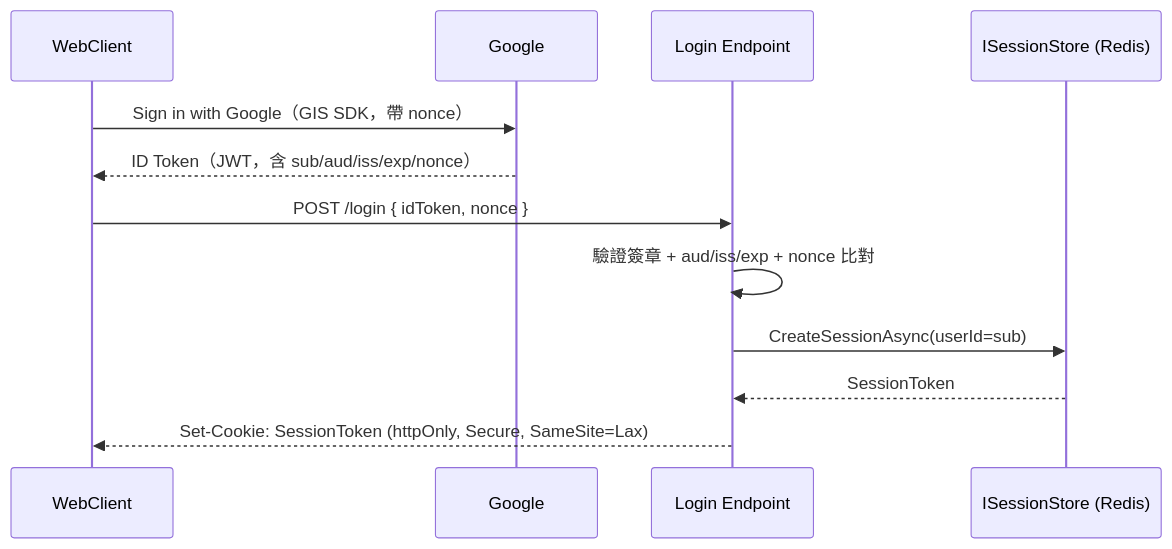
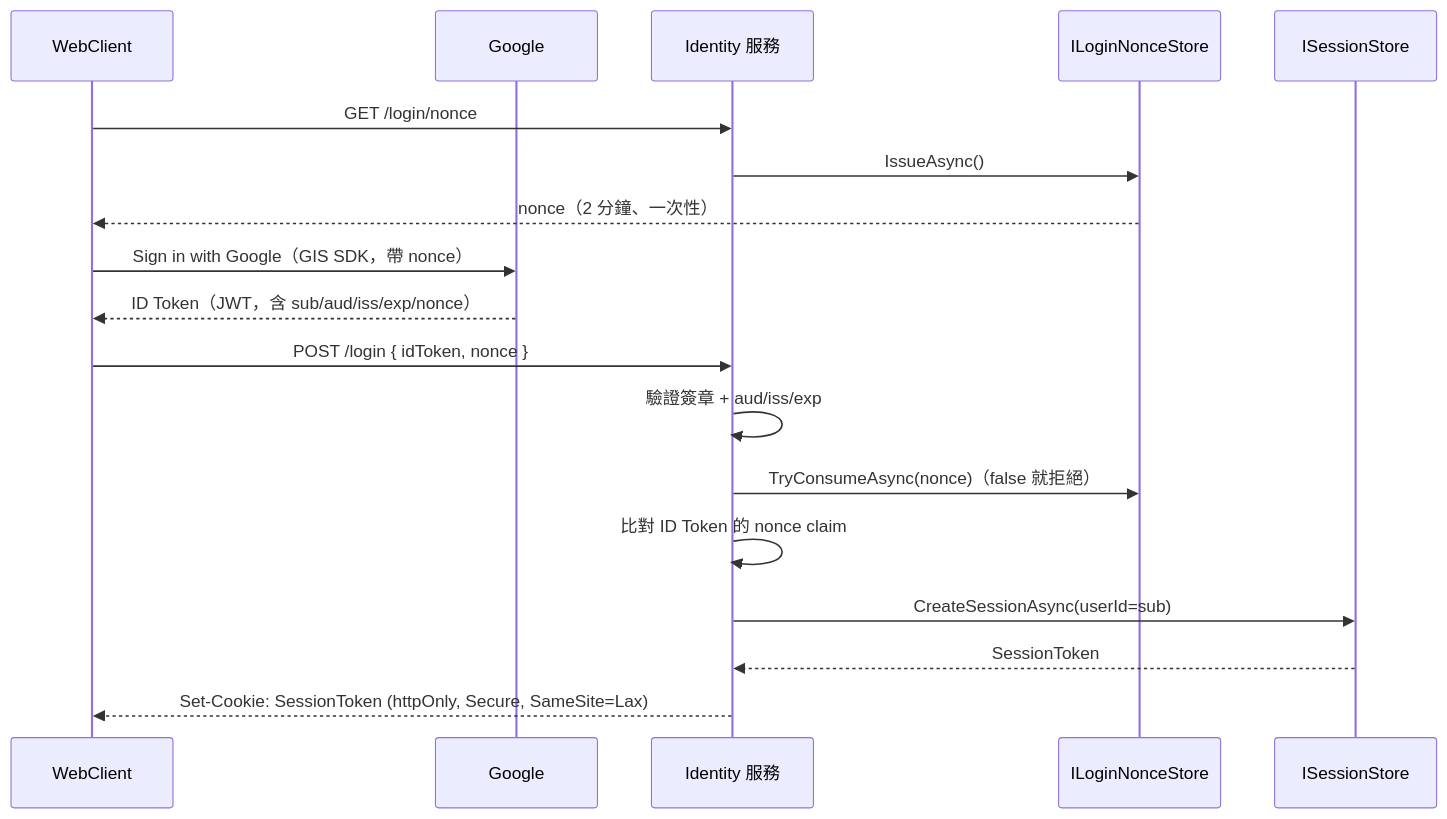
One commit to yggdrasill-dev/ChatSystem changed the second of 5 diagrams in docs/architecture/identity-layer.md. Above: the diagram before and after it, drawn with Mermaid. The commit also changed other lines of this file and 4 other files, not shown here.

````diff
--- a/docs/architecture/identity-layer.md
+++ b/docs/architecture/identity-layer.md
@@ -94,15 +115,21 @@
 ```mermaid
 sequenceDiagram
     participant WC as WebClient
     participant G as Google
-    participant LI as Login Endpoint
-    participant SS as ISessionStore (Redis)
+    participant LI as Identity 服務
+    participant NS as ILoginNonceStore
+    participant SS as ISessionStore
 
+    WC->>LI: GET /login/nonce
+    LI->>NS: IssueAsync()
+    NS-->>WC: nonce（2 分鐘、一次性）
     WC->>G: Sign in with Google（GIS SDK，帶 nonce）
     G-->>WC: ID Token（JWT，含 sub/aud/iss/exp/nonce）
     WC->>LI: POST /login { idToken, nonce }
-    LI->>LI: 驗證簽章 + aud/iss/exp + nonce 比對
+    LI->>LI: 驗證簽章 + aud/iss/exp
+    LI->>NS: TryConsumeAsync(nonce)（false 就拒絕）
+    LI->>LI: 比對 ID Token 的 nonce claim
     LI->>SS: CreateSessionAsync(userId=sub)
     SS-->>LI: SessionToken
     LI-->>WC: Set-Cookie: SessionToken (httpOnly, Secure, SameSite=Lax)
 ```
````
